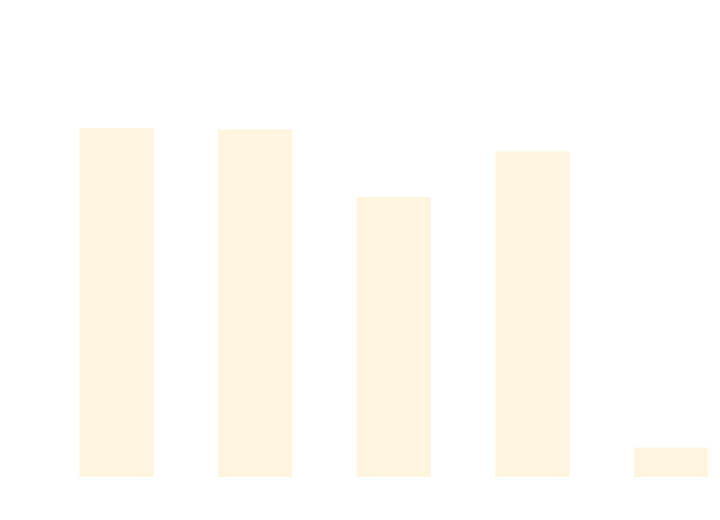
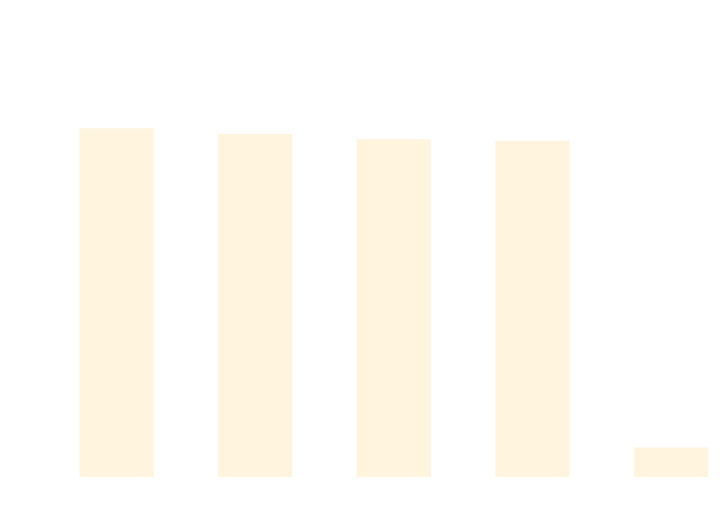
One commit to thomhurst/TUnit changed the diagram in docs/docs/benchmarks/ScaleTests.md. Above: the diagram before and after it, drawn with Mermaid. The commit also changed other lines of this file and 17 other files, not shown here.

````diff
--- a/docs/docs/benchmarks/ScaleTests.md
+++ b/docs/docs/benchmarks/ScaleTests.md
@@ -27,37 +27,37 @@
 ```mermaid
 %%{init: {
   'theme':'base',
   'themeVariables': {
     'primaryColor': '#2563eb',
     'primaryTextColor': '#ffffff',
     'primaryBorderColor': '#1e40af',
     'lineColor': '#6b7280',
     'secondaryColor': '#7c3aed',
     'tertiaryColor': '#dc2626',
     'background': '#ffffff',
     'mainBkg': '#2563eb',
     'secondBkg': '#7c3aed',
     'tertiaryBkg': '#dc2626',
     'clusterBkg': '#f3f4f6',
     'edgeLabelBackground': '#ffffff',
     'tertiaryTextColor': '#1f2937',
     'pie1': '#2563eb',
     'pie2': '#7c3aed',
     'pie3': '#dc2626',
     'pie4': '#f59e0b',
     'pie5': '#10b981',
     'pie6': '#06b6d4',
     'pie7': '#ec4899',
     'pie8': '#6366f1',
     'pie9': '#84cc16',
     'pie10': '#f97316',
     'pie11': '#14b8a6',
     'pie12': '#a855f7'
   }
 }}%%
 xychart-beta
   title "ScaleTests Performance Comparison"
   x-axis ["TUnit", "NUnit", "MSTest", "xUnit3", "TUnit_AOT"]
-  y-axis "Time (ms)" 0 --> 750
-  bar [624.93, 623.08, 498.92, 582.1, 39.13]
+  y-axis "Time (ms)" 0 --> 764
+  bar [636.47, 625.77, 615.77, 613.23, 40.29]
 ```
````
